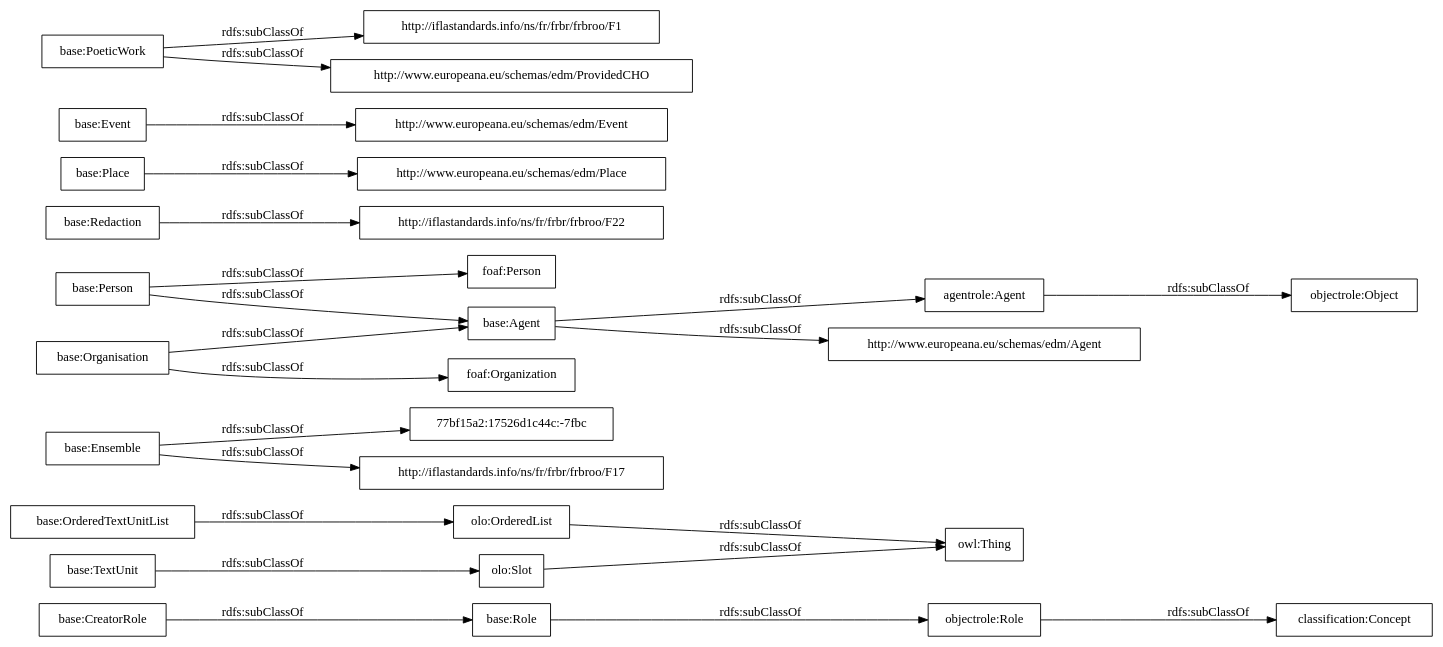
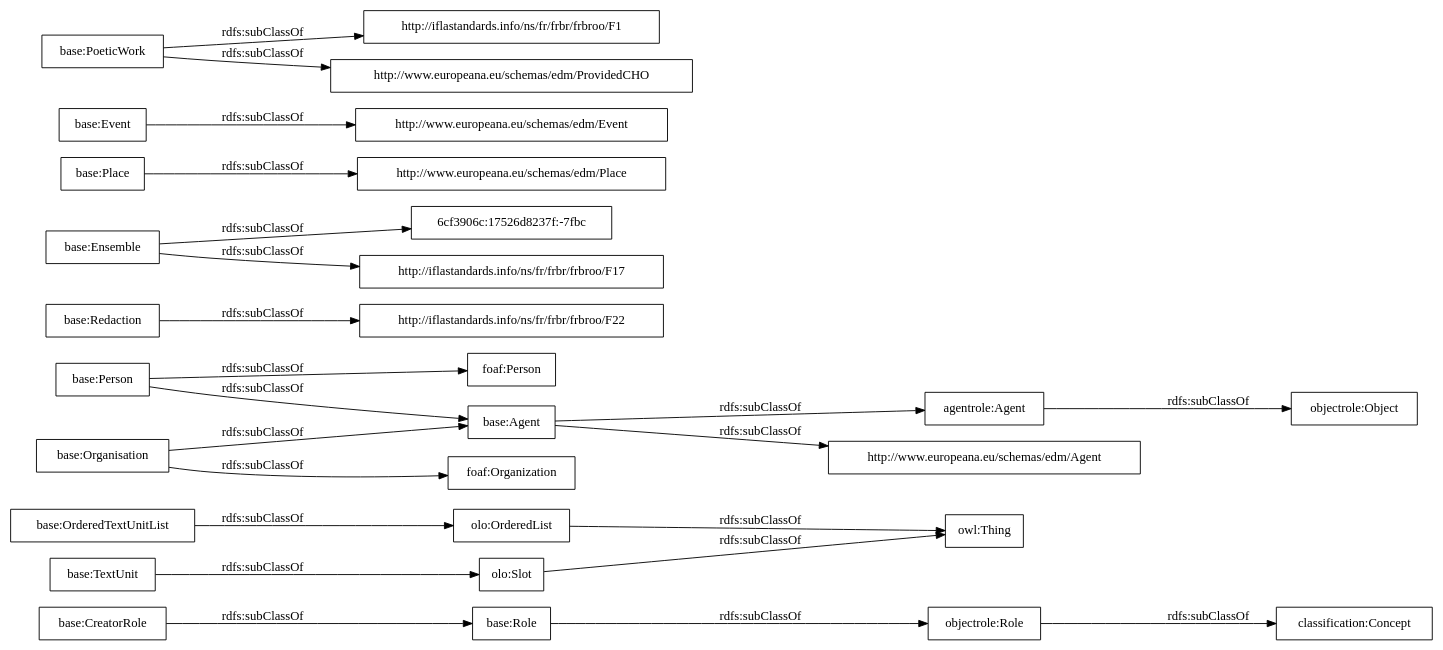
One commit to OnToologyUser/core-ontology-1 changed the diagram in OnToology/postdata-core.owl/diagrams/ar2dtool-taxonomy/postdata-core.owl.png.dot. Above: the diagram before and after it, drawn with Graphviz. The commit also changed 14 other files, not shown here.

```diff
--- a/OnToology/postdata-core.owl/diagrams/ar2dtool-taxonomy/postdata-core.owl.png.dot
+++ b/OnToology/postdata-core.owl/diagrams/ar2dtool-taxonomy/postdata-core.owl.png.dot
@@ -1,27 +1,27 @@
 digraph ar2dtool_diagram { 
 rankdir=LR;
 size="1000"
-node [shape = rectangle, color="black"]; "base:Role" "base:OrderedTextUnitList" "77bf15a2:17526d1c44c:-7fbc" "agentrole:Agent" "http://iflastandards.info/ns/fr/frbr/frbroo/F22" "http://www.europeana.eu/schemas/edm/Agent" "base:Agent" "base:CreatorRole" "base:Person" "base:Organisation" "http://www.europeana.eu/schemas/edm/Place" "base:Redaction" "base:Ensemble" "foaf:Person" "http://www.europeana.eu/schemas/edm/Event" "base:TextUnit" "http://iflastandards.info/ns/fr/frbr/frbroo/F1" "foaf:Organization" "http://www.europeana.eu/schemas/edm/ProvidedCHO" "base:Place" "base:Event" "base:PoeticWork" "http://iflastandards.info/ns/fr/frbr/frbroo/F17" "owl:Thing" "objectrole:Role" "objectrole:Object" "olo:Slot" "olo:OrderedList" "classification:Concept" ; /*classes style*/
+node [shape = rectangle, color="black"]; "base:Role" "base:OrderedTextUnitList" "agentrole:Agent" "http://iflastandards.info/ns/fr/frbr/frbroo/F22" "http://www.europeana.eu/schemas/edm/Agent" "base:Agent" "base:CreatorRole" "base:Person" "6cf3906c:17526d8237f:-7fbc" "base:Organisation" "http://www.europeana.eu/schemas/edm/Place" "base:Redaction" "base:Ensemble" "foaf:Person" "http://www.europeana.eu/schemas/edm/Event" "base:TextUnit" "http://iflastandards.info/ns/fr/frbr/frbroo/F1" "foaf:Organization" "http://www.europeana.eu/schemas/edm/ProvidedCHO" "base:Place" "base:Event" "base:PoeticWork" "http://iflastandards.info/ns/fr/frbr/frbroo/F17" "owl:Thing" "objectrole:Role" "objectrole:Object" "olo:Slot" "olo:OrderedList" "classification:Concept" ; /*classes style*/
 	"base:Redaction" -> "http://iflastandards.info/ns/fr/frbr/frbroo/F22" [ label = "rdfs:subClassOf" ];
 	"base:Role" -> "objectrole:Role" [ label = "rdfs:subClassOf" ];
 	"base:Event" -> "http://www.europeana.eu/schemas/edm/Event" [ label = "rdfs:subClassOf" ];
 	"base:Person" -> "foaf:Person" [ label = "rdfs:subClassOf" ];
 	"base:Person" -> "base:Agent" [ label = "rdfs:subClassOf" ];
 	"olo:OrderedList" -> "owl:Thing" [ label = "rdfs:subClassOf" ];
 	"olo:Slot" -> "owl:Thing" [ label = "rdfs:subClassOf" ];
 	"base:PoeticWork" -> "http://www.europeana.eu/schemas/edm/ProvidedCHO" [ label = "rdfs:subClassOf" ];
 	"base:PoeticWork" -> "http://iflastandards.info/ns/fr/frbr/frbroo/F1" [ label = "rdfs:subClassOf" ];
 	"base:TextUnit" -> "olo:Slot" [ label = "rdfs:subClassOf" ];
 	"agentrole:Agent" -> "objectrole:Object" [ label = "rdfs:subClassOf" ];
-	"base:Ensemble" -> "77bf15a2:17526d1c44c:-7fbc" [ label = "rdfs:subClassOf" ];
+	"base:Ensemble" -> "6cf3906c:17526d8237f:-7fbc" [ label = "rdfs:subClassOf" ];
 	"base:Ensemble" -> "http://iflastandards.info/ns/fr/frbr/frbroo/F17" [ label = "rdfs:subClassOf" ];
 	"base:OrderedTextUnitList" -> "olo:OrderedList" [ label = "rdfs:subClassOf" ];
 	"base:Agent" -> "agentrole:Agent" [ label = "rdfs:subClassOf" ];
 	"base:Agent" -> "http://www.europeana.eu/schemas/edm/Agent" [ label = "rdfs:subClassOf" ];
 	"objectrole:Role" -> "classification:Concept" [ label = "rdfs:subClassOf" ];
 	"base:Place" -> "http://www.europeana.eu/schemas/edm/Place" [ label = "rdfs:subClassOf" ];
 	"base:Organisation" -> "foaf:Organization" [ label = "rdfs:subClassOf" ];
 	"base:Organisation" -> "base:Agent" [ label = "rdfs:subClassOf" ];
 	"base:CreatorRole" -> "base:Role" [ label = "rdfs:subClassOf" ];
 
 }
```
